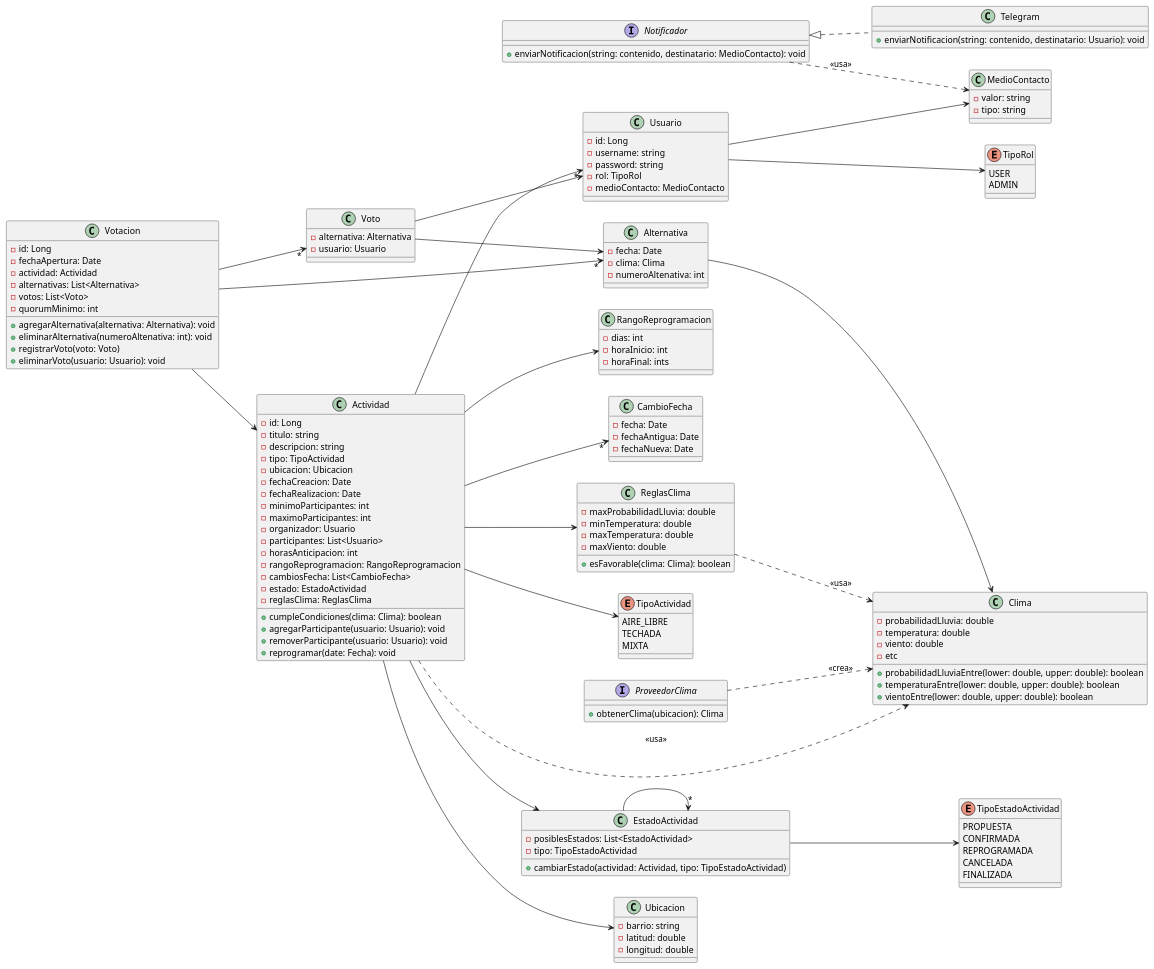
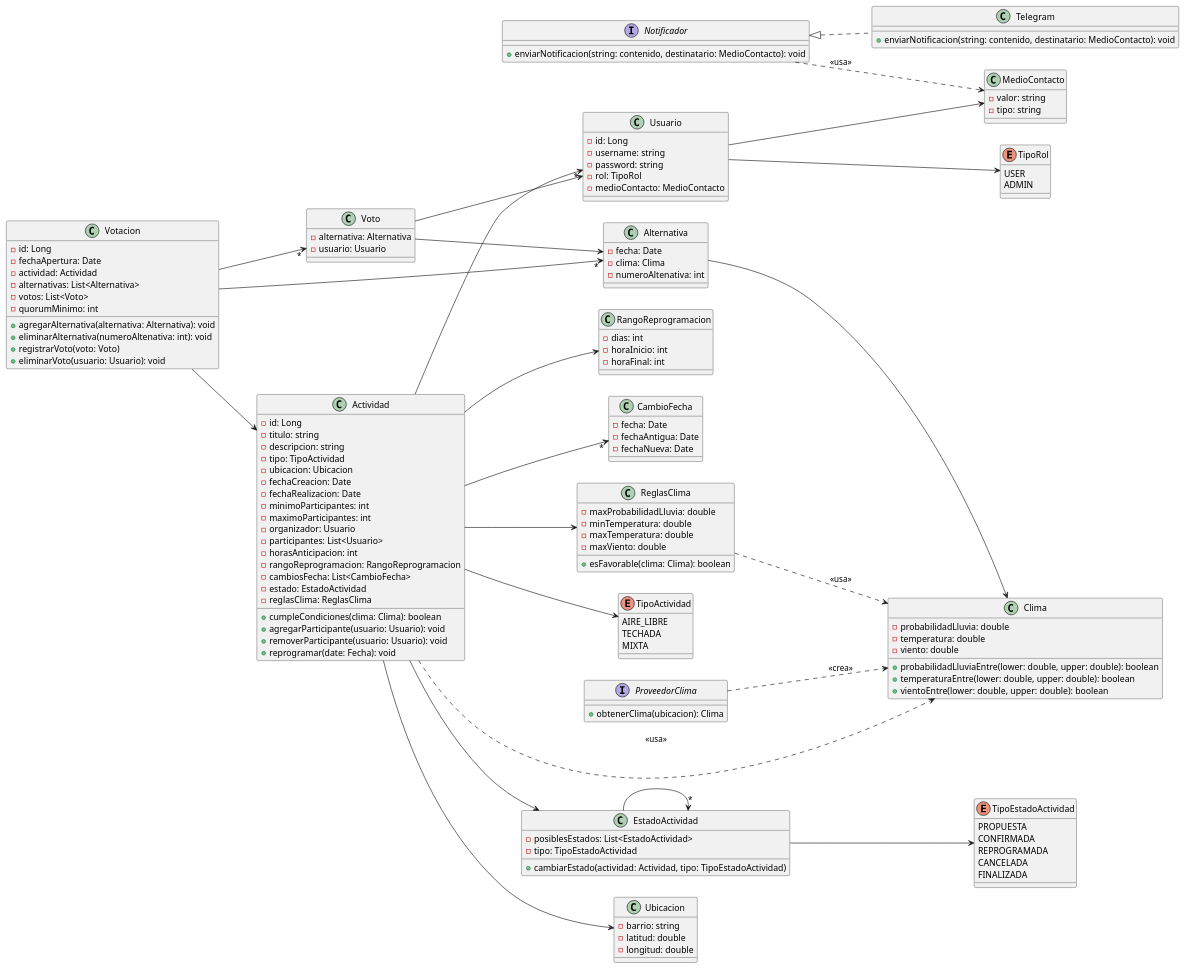
One commit to LucasHerdegen/tacs-tp-2026-2c changed the diagram in diagramas/class-diagram.puml. Above: the diagram before and after it, drawn with PlantUML. The commit also changed 19 other files, not shown here.

Commit message:
class diagram implem

```diff
--- a/diagramas/class-diagram.puml
+++ b/diagramas/class-diagram.puml
@@ -1,185 +1,184 @@
 @startuml class
 left to right direction
 
 class Usuario
 {
     - id: Long
     - username: string
     - password: string
     - rol: TipoRol
     - medioContacto: MedioContacto
 }
 
 Usuario --> TipoRol
 Usuario --> MedioContacto
 
 enum TipoRol
 {
     USER
     ADMIN
 }
 
 class MedioContacto
 {
     - valor: string
     - tipo: string
 }
 
 class Actividad
 {
     - id: Long
     - titulo: string
     - descripcion: string
     - tipo: TipoActividad
     - ubicacion: Ubicacion
     - fechaCreacion: Date
     - fechaRealizacion: Date
     - minimoParticipantes: int
     - maximoParticipantes: int
     - organizador: Usuario
     - participantes: List<Usuario>
     - horasAnticipacion: int
     - rangoReprogramacion: RangoReprogramacion
     - cambiosFecha: List<CambioFecha>
     - estado: EstadoActividad
     - reglasClima: ReglasClima
     + cumpleCondiciones(clima: Clima): boolean
     + agregarParticipante(usuario: Usuario): void
     + removerParticipante(usuario: Usuario): void
     + reprogramar(date: Fecha): void
 }
 
 Actividad --> TipoActividad
 Actividad..> Clima : "<<usa>>"
 Actividad --> Ubicacion
 Actividad -->"*" Usuario
 Actividad --> RangoReprogramacion
 Actividad -->"*" CambioFecha
 Actividad --> EstadoActividad
 Actividad --> ReglasClima
 
 enum TipoActividad
 {
     AIRE_LIBRE
     TECHADA
     MIXTA
 }
 
 class ReglasClima
 {
     - maxProbabilidadLluvia: double
     - minTemperatura: double
     - maxTemperatura: double
     - maxViento: double
     + esFavorable(clima: Clima): boolean
 }
 
 ReglasClima ..> Clima : "<<usa>>"
 
 interface ProveedorClima
 {
     + obtenerClima(ubicacion): Clima
 }
 
 ProveedorClima ..> Clima : "<<crea>>"
 
 class Clima
 {
     - probabilidadLluvia: double
     - temperatura: double
     - viento: double
-    - etc
     + probabilidadLluviaEntre(lower: double, upper: double): boolean
     + temperaturaEntre(lower: double, upper: double): boolean
     + vientoEntre(lower: double, upper: double): boolean
 }
 
 class Ubicacion
 {
     - barrio: string
     - latitud: double
     - longitud: double
 }
 
 class RangoReprogramacion
 {
     - dias: int
     - horaInicio: int
-    - horaFinal: ints
+    - horaFinal: int
 }
 
 interface Notificador
 {
     + enviarNotificacion(string: contenido, destinatario: MedioContacto): void
 }
 
 Notificador ..> MedioContacto : "<<usa>>"
 
 class Telegram implements Notificador
 {
-    + enviarNotificacion(string: contenido, destinatario: Usuario): void
+    + enviarNotificacion(string: contenido, destinatario: MedioContacto): void
 }
 
 class Votacion
 {
     - id: Long
     - fechaApertura: Date
     - actividad: Actividad
     - alternativas: List<Alternativa>
     - votos: List<Voto>
     - quorumMinimo: int
     + agregarAlternativa(alternativa: Alternativa): void
     + eliminarAlternativa(numeroAltenativa: int): void
     + registrarVoto(voto: Voto)
     + eliminarVoto(usuario: Usuario): void
 }
 
 Votacion -->"*" Alternativa
 Votacion -->"*" Voto
 Votacion --> Actividad
 
 class Alternativa
 {
     - fecha: Date
     - clima: Clima
     - numeroAltenativa: int
 }
 
 Alternativa--> Clima
 
 class Voto
 {
     - alternativa: Alternativa
     - usuario: Usuario
 }
 
 Voto --> Usuario
 Voto --> Alternativa
 
 class CambioFecha
 {
     - fecha: Date
     - fechaAntigua: Date
     - fechaNueva: Date
 }
 
 class EstadoActividad
 {
     - posiblesEstados: List<EstadoActividad>
     - tipo: TipoEstadoActividad
     + cambiarEstado(actividad: Actividad, tipo: TipoEstadoActividad)
 }
 
 EstadoActividad -->"*" EstadoActividad
 EstadoActividad --> TipoEstadoActividad
 
 enum TipoEstadoActividad
 {
     PROPUESTA
     CONFIRMADA
     REPROGRAMADA
     CANCELADA
     FINALIZADA
 }
 
 @enduml
```
